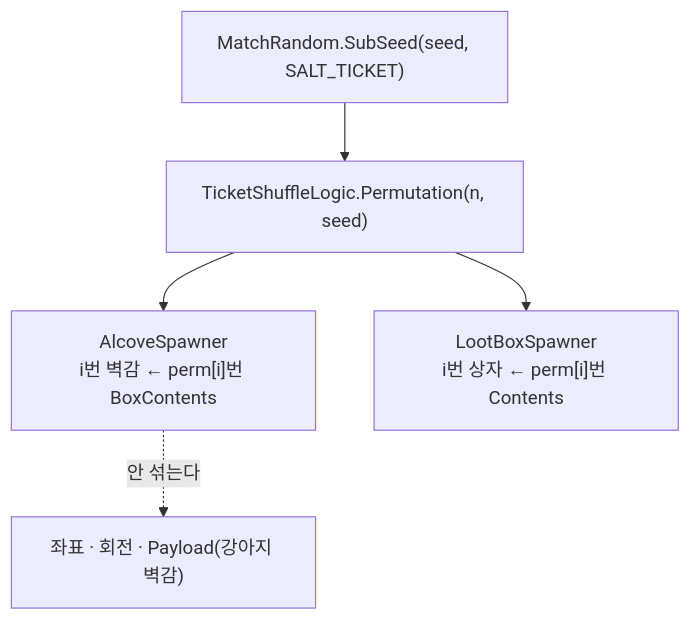
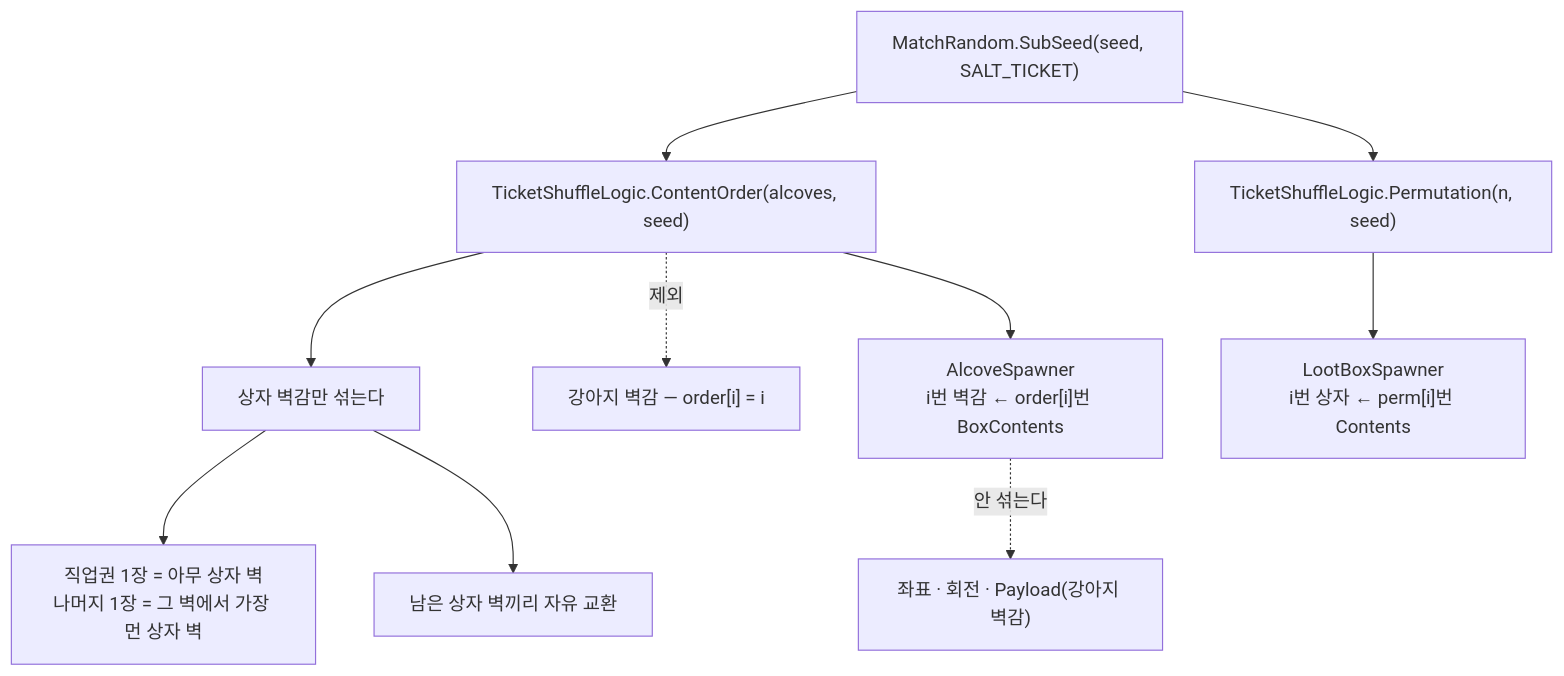
Diagram 22 of 42 in CTC/docs/design-vault/코드 다이어그램.md (JeahanPark/The-Cheese-Thief-and-the-Cat), drawn with Mermaid before and after one commit. The commit also changed other lines of this file and 11 other files, not shown here.

````diff
--- a/CTC/docs/design-vault/코드 다이어그램.md
+++ b/CTC/docs/design-vault/코드 다이어그램.md
@@ -808,7 +817,12 @@
 ```mermaid
 flowchart TD
-    M["MatchRandom.SubSeed(seed, SALT_TICKET)"] --> P["TicketShuffleLogic.Permutation(n, seed)"]
-    P --> A["AlcoveSpawner<br/>i번 벽감 ← perm[i]번 BoxContents"]
+    M["MatchRandom.SubSeed(seed, SALT_TICKET)"] --> C["TicketShuffleLogic.ContentOrder(alcoves, seed)"]
+    M --> P["TicketShuffleLogic.Permutation(n, seed)"]
+    C --> S1["상자 벽감만 섞는다"]
+    S1 --> T["직업권 1장 = 아무 상자 벽<br/>나머지 1장 = 그 벽에서 가장 먼 상자 벽"]
+    S1 --> R["남은 상자 벽끼리 자유 교환"]
+    C -.제외.-> D["강아지 벽감 — order[i] = i"]
+    C --> A["AlcoveSpawner<br/>i번 벽감 ← order[i]번 BoxContents"]
     P --> B["LootBoxSpawner<br/>i번 상자 ← perm[i]번 Contents"]
     A -.안 섞는다.-> K["좌표 · 회전 · Payload(강아지 벽감)"]
 ```
````
